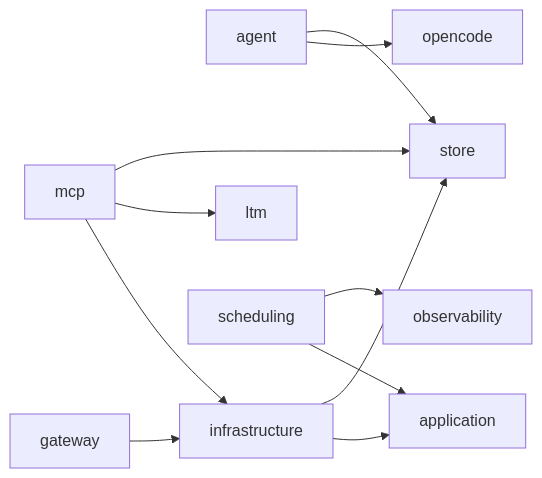
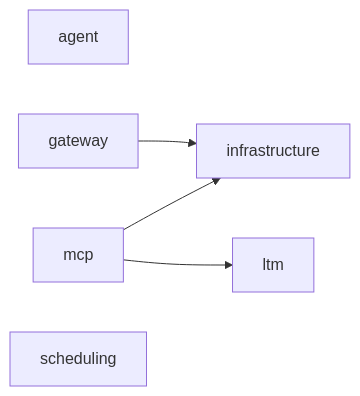
One commit to OJII3/vicissitude changed the diagram in docs/DEPS.md. Above: the diagram before and after it, drawn with Mermaid. The commit also changed other lines of this file and 50 other files, not shown here.

First line of the commit message:
refactor: L1 パッケージを切り出し（observability, application, store, opencode）

````diff
--- a/docs/DEPS.md
+++ b/docs/DEPS.md
@@ -7,18 +7,10 @@
 ```mermaid
 graph LR
-  agent --> opencode
-  agent --> store
-  application
+  agent
   gateway --> infrastructure
-  infrastructure --> application
-  infrastructure --> store
+  infrastructure
   ltm
   mcp --> infrastructure
   mcp --> ltm
-  mcp --> store
-  observability
-  opencode
-  scheduling --> application
-  scheduling --> observability
-  store
+  scheduling
 ```
````
